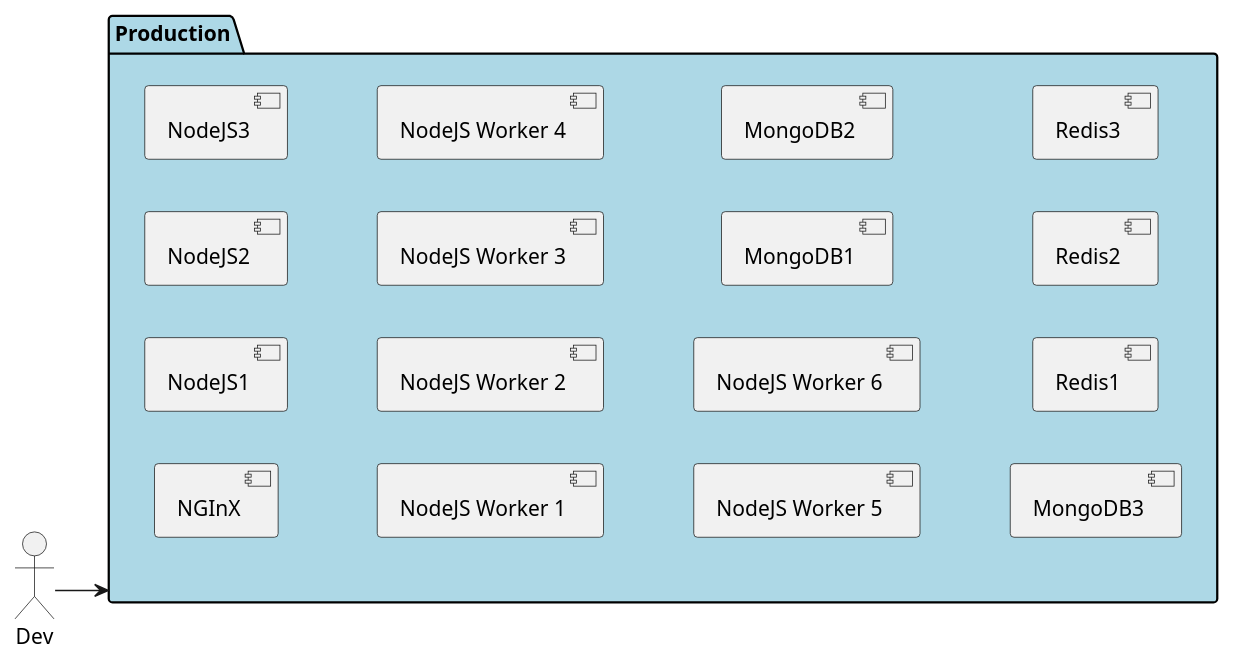
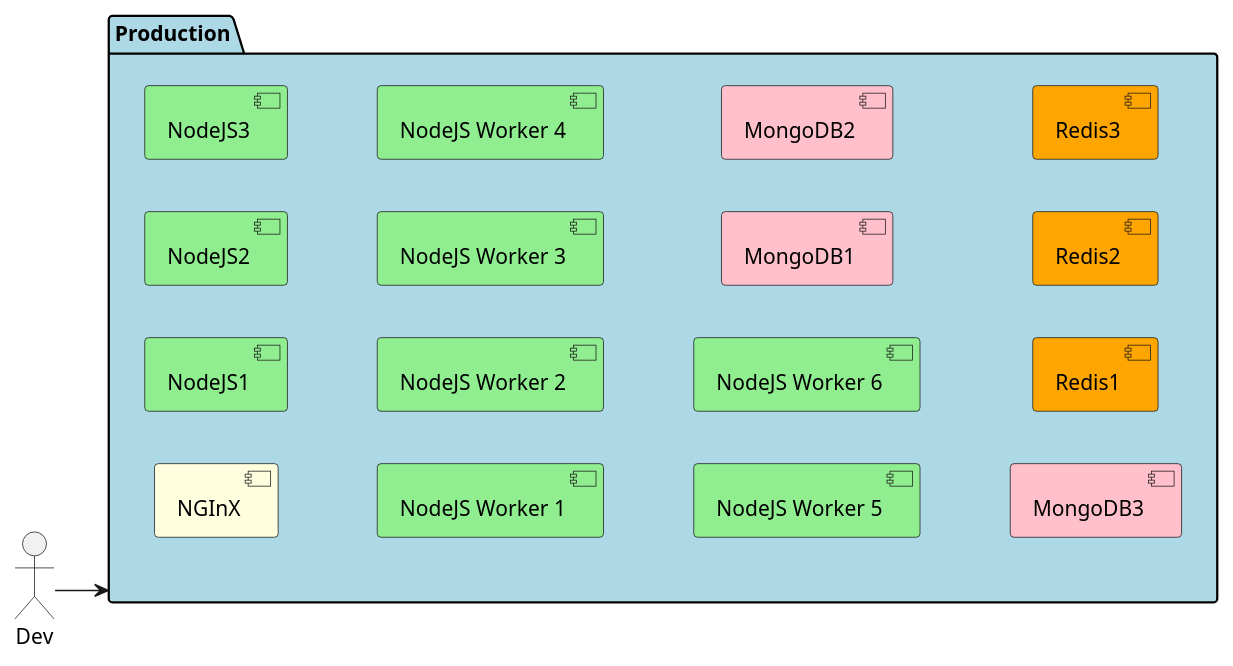
Before and after one commit to CAADE/C3: the diagram in docs/ApplicationsEnvironmentsProduction.puml, drawn with PlantUML. The commit also changed 397 other files, not shown here.

```diff
--- a/docs/ApplicationsEnvironmentsProduction.puml
+++ b/docs/ApplicationsEnvironmentsProduction.puml
@@ -1,26 +1,26 @@
 @startuml
 
 left to right direction
 
 Actor Dev
 package "Production" #lightblue {
-  component NGInX
-  component NodeJS1
-  component NodeJS2
-  component NodeJS3
-  component "NodeJS Worker 1"
-  component "NodeJS Worker 2"
-  component "NodeJS Worker 3"
-  component "NodeJS Worker 4"
-  component "NodeJS Worker 5"
-  component "NodeJS Worker 6"
-  component MongoDB1
-  component MongoDB2
-  component MongoDB3
-  component Redis1
-  component Redis2
-  component Redis3
+  component NGInX #lightyellow
+  component NodeJS1 #lightgreen
+  component NodeJS2 #lightgreen
+  component NodeJS3 #lightgreen
+  component "NodeJS Worker 1" #lightgreen
+  component "NodeJS Worker 2" #lightgreen
+  component "NodeJS Worker 3" #lightgreen
+  component "NodeJS Worker 4" #lightgreen
+  component "NodeJS Worker 5" #lightgreen
+  component "NodeJS Worker 6" #lightgreen
+  component MongoDB1 #pink
+  component MongoDB2 #pink
+  component MongoDB3 #pink
+  component Redis1 #orange
+  component Redis2 #orange
+  component Redis3 #orange
 }
 Dev --> Production
 
 @endum
```
